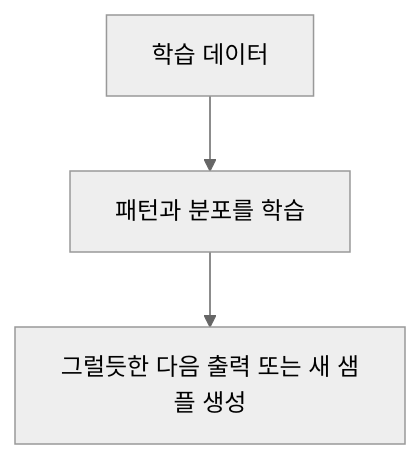
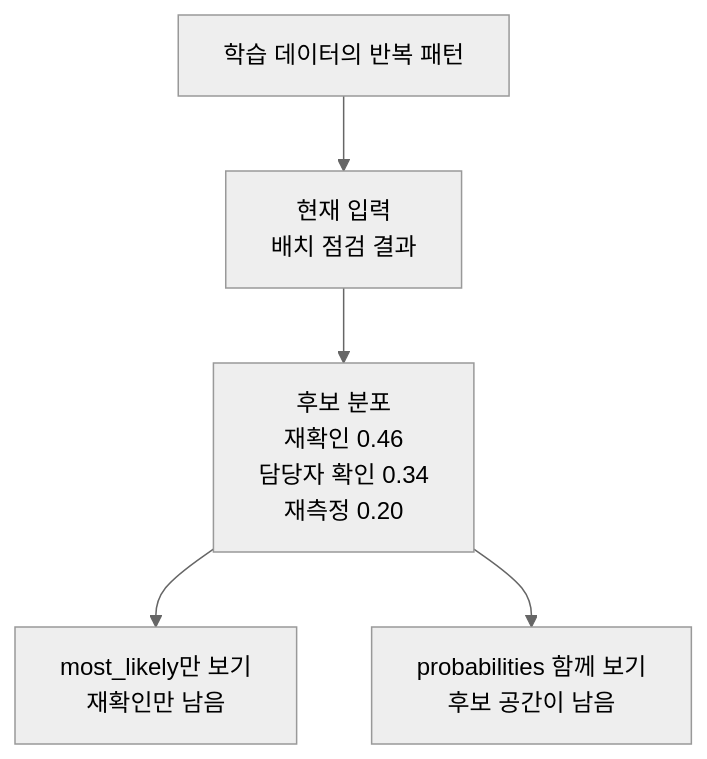
Before and after one commit to devchan64/AiBook: the diagram in docs/assets/part-05/chapter-15/generative-model-flow-ko.mmd, drawn with Mermaid (neutral theme). The commit also changed 26 other files, not shown here.

```diff
--- a/docs/assets/part-05/chapter-15/generative-model-flow-ko.mmd
+++ b/docs/assets/part-05/chapter-15/generative-model-flow-ko.mmd
@@ -1,7 +1,11 @@
 flowchart TD
-  A["학습 데이터"]
-  B["패턴과 분포를 학습"]
-  C["그럴듯한 다음 출력 또는 새 샘플 생성"]
+  A["학습 데이터의 반복 패턴"]
+  B["현재 입력<br/>배치 점검 결과"]
+  C["후보 분포<br/>재확인 0.46<br/>담당자 확인 0.34<br/>재측정 0.20"]
+  D["most_likely만 보기<br/>재확인만 남음"]
+  E["probabilities 함께 보기<br/>후보 공간이 남음"]
 
   A --> B
   B --> C
+  C --> D
+  C --> E
```
